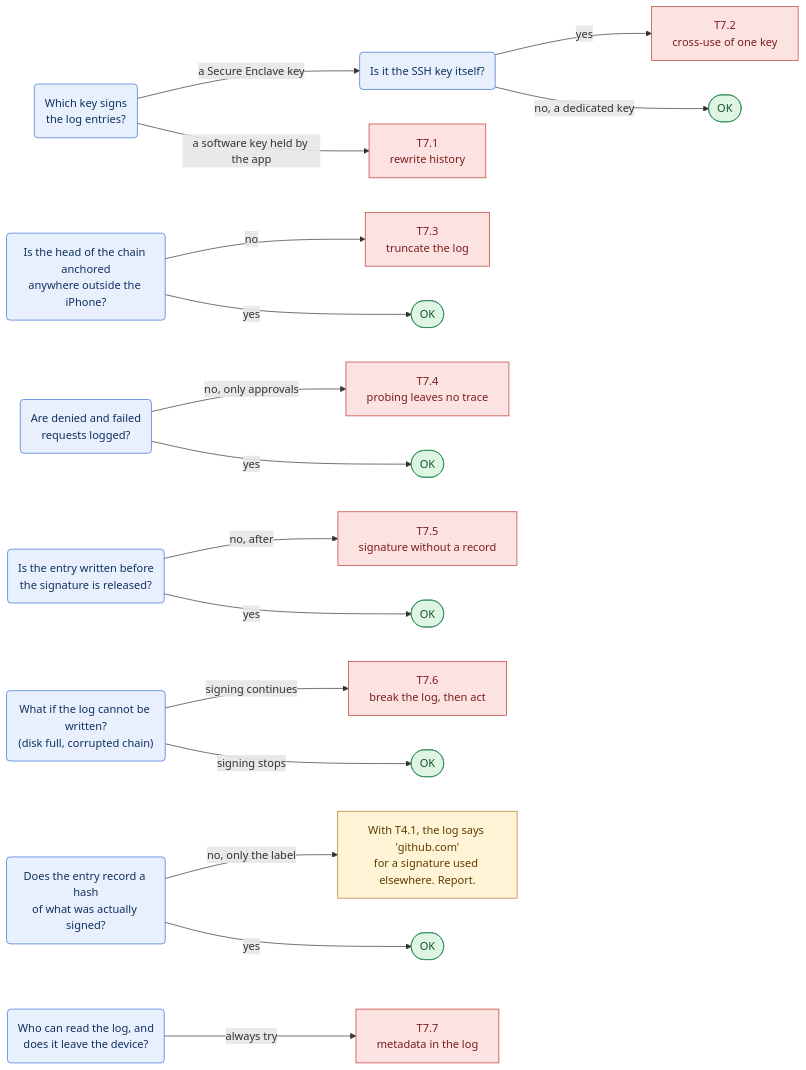
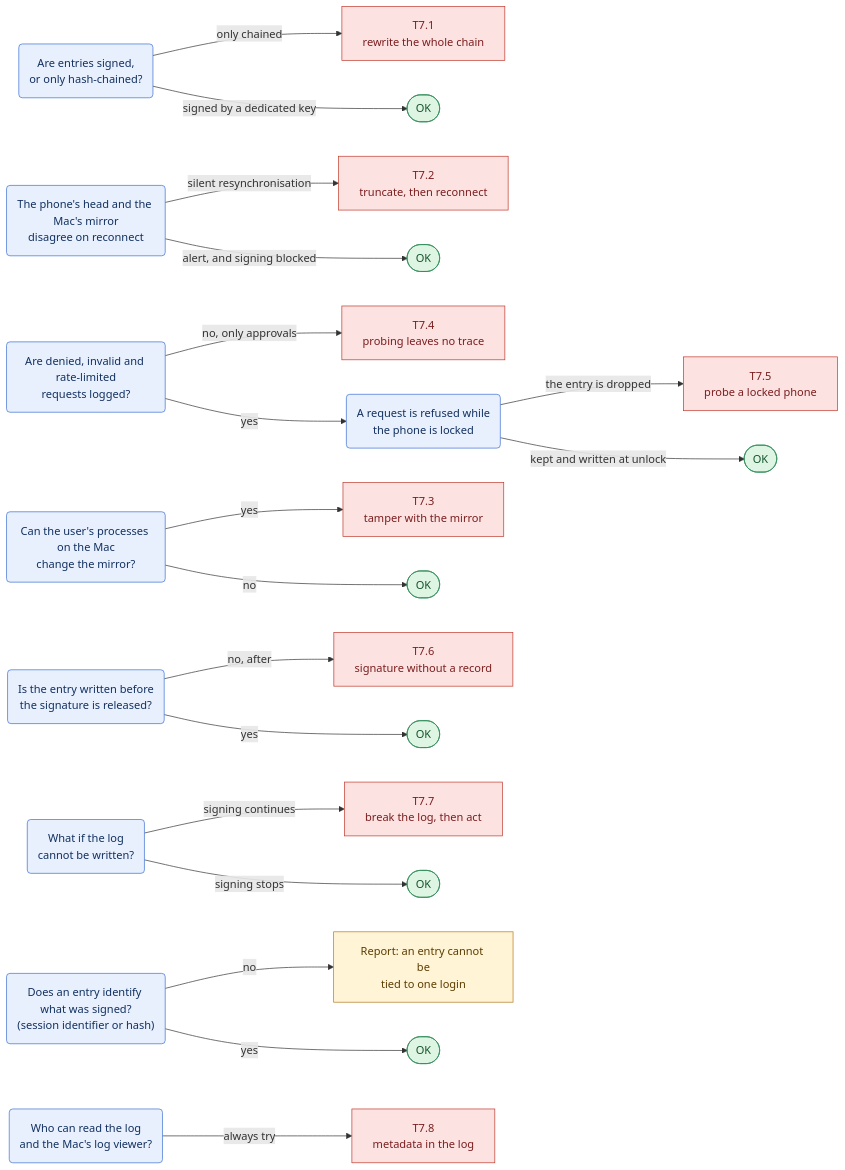
One commit to Samylay/sentry-key changed diagram 16 of 17 in docs/red-team/README.md. Above: the diagram before and after it, drawn with Mermaid. The commit also changed other lines of this file and 1 other file, not shown here.

First line of the commit message:
Align red team guide with docs/ARCHITECTURE.md (prompt P-007)

````diff
--- a/docs/red-team/README.md
+++ b/docs/red-team/README.md
@@ -657,30 +630,33 @@
 ```mermaid
 flowchart LR
   classDef q fill:#e8f0fe,stroke:#3b6fd4,color:#12305f
   classDef atk fill:#fde2e2,stroke:#c0392b,color:#7b1e1e
   classDef ok fill:#dff5e3,stroke:#2e8b57,color:#14532d
   classDef note fill:#fff4d6,stroke:#b7791f,color:#5c3d00
-  q1("Which key signs<br/>the log entries?"):::q
-  q2("Is it the SSH key itself?"):::q
-  q3("Is the head of the chain anchored<br/>anywhere outside the iPhone?"):::q
-  q4("Are denied and failed<br/>requests logged?"):::q
-  q5("Is the entry written before<br/>the signature is released?"):::q
-  q6("What if the log cannot be written?<br/>(disk full, corrupted chain)"):::q
-  q7("Does the entry record a hash<br/>of what was actually signed?"):::q
-  q8("Who can read the log, and<br/>does it leave the device?"):::q
-  q1 -->|"a software key held by the app"| a1["T7.1<br/>rewrite history"]:::atk
-  q1 -->|"a Secure Enclave key"| q2
-  q2 -->|"yes"| a2["T7.2<br/>cross-use of one key"]:::atk
-  q2 -->|"no, a dedicated key"| ok1(["OK"]):::ok
-  q3 -->|"no"| a3["T7.3<br/>truncate the log"]:::atk
-  q3 -->|"yes"| ok2(["OK"]):::ok
+  q1("Are entries signed,<br/>or only hash-chained?"):::q
+  q2("The phone's head and the Mac's mirror<br/>disagree on reconnect"):::q
+  q3("Can the user's processes on the Mac<br/>change the mirror?"):::q
+  q4("Are denied, invalid and rate-limited<br/>requests logged?"):::q
+  q5("A request is refused while<br/>the phone is locked"):::q
+  q6("Is the entry written before<br/>the signature is released?"):::q
+  q7("What if the log<br/>cannot be written?"):::q
+  q8("Does an entry identify what was signed?<br/>(session identifier or hash)"):::q
+  q9("Who can read the log<br/>and the Mac's log viewer?"):::q
+  q1 -->|"only chained"| a1["T7.1<br/>rewrite the whole chain"]:::atk
+  q1 -->|"signed by a dedicated key"| ok1(["OK"]):::ok
+  q2 -->|"silent resynchronisation"| a2["T7.2<br/>truncate, then reconnect"]:::atk
+  q2 -->|"alert, and signing blocked"| ok2(["OK"]):::ok
+  q3 -->|"yes"| a3["T7.3<br/>tamper with the mirror"]:::atk
+  q3 -->|"no"| ok3(["OK"]):::ok
   q4 -->|"no, only approvals"| a4["T7.4<br/>probing leaves no trace"]:::atk
-  q4 -->|"yes"| ok3(["OK"]):::ok
-  q5 -->|"no, after"| a5["T7.5<br/>signature without a record"]:::atk
-  q5 -->|"yes"| ok4(["OK"]):::ok
-  q6 -->|"signing continues"| a6["T7.6<br/>break the log, then act"]:::atk
-  q6 -->|"signing stops"| ok5(["OK"]):::ok
-  q7 -->|"no, only the label"| n1["With T4.1, the log says 'github.com'<br/>for a signature used elsewhere. Report."]:::note
-  q7 -->|"yes"| ok6(["OK"]):::ok
-  q8 -->|"always try"| a7["T7.7<br/>metadata in the log"]:::atk
+  q4 -->|"yes"| q5
+  q5 -->|"the entry is dropped"| a5["T7.5<br/>probe a locked phone"]:::atk
+  q5 -->|"kept and written at unlock"| ok4(["OK"]):::ok
+  q6 -->|"no, after"| a6["T7.6<br/>signature without a record"]:::atk
+  q6 -->|"yes"| ok5(["OK"]):::ok
+  q7 -->|"signing continues"| a7["T7.7<br/>break the log, then act"]:::atk
+  q7 -->|"signing stops"| ok6(["OK"]):::ok
+  q8 -->|"no"| n1["Report: an entry cannot be<br/>tied to one login"]:::note
+  q8 -->|"yes"| ok7(["OK"]):::ok
+  q9 -->|"always try"| a8["T7.8<br/>metadata in the log"]:::atk
 ```
````
